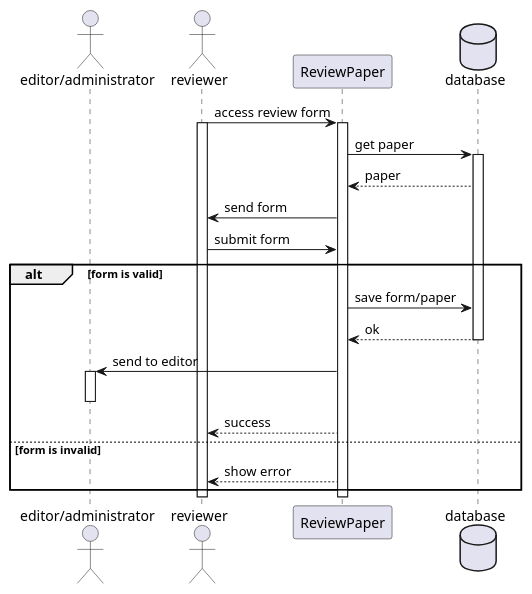
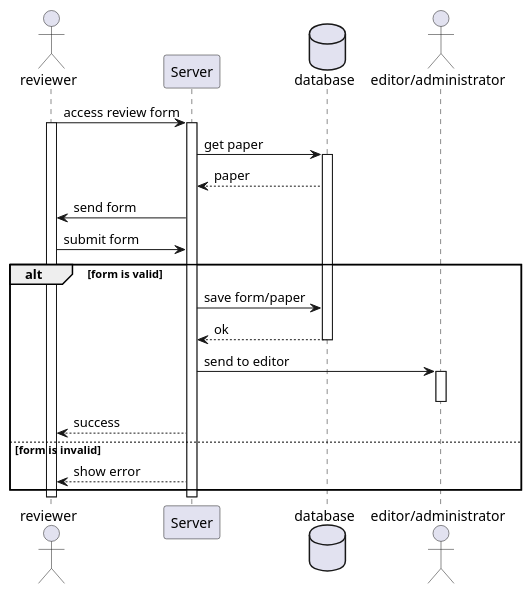
One commit to Arunscape/ECE493 changed the diagram in lab/lab3/sequence.puml. Above: the diagram before and after it, drawn with PlantUML. The commit also changed 9 other files, not shown here.

```diff
--- a/lab/lab3/sequence.puml
+++ b/lab/lab3/sequence.puml
@@ -1,31 +1,31 @@
 @startuml
 
+actor reviewer
+participant Server
+database database as db
 actor "editor/administrator" as editor
-actor reviewer
-participant ReviewPaper
-database database as db
 
-reviewer -> ReviewPaper : access review form
+reviewer -> Server : access review form
 activate reviewer
 
-activate ReviewPaper
-ReviewPaper -> db : get paper
+activate Server
+Server -> db : get paper
 activate db
-ReviewPaper <-- db : paper
-reviewer <- ReviewPaper : send form
-reviewer -> ReviewPaper : submit form
+Server <-- db : paper
+reviewer <- Server : send form
+reviewer -> Server : submit form
 
 alt form is valid
-    ReviewPaper -> db : save form/paper
-    ReviewPaper <-- db : ok
+    Server -> db : save form/paper
+    Server <-- db : ok
     deactivate db
-    ReviewPaper -> editor : send to editor
+    Server -> editor : send to editor
     activate editor
     deactivate editor
-    reviewer <-- ReviewPaper : success
+    reviewer <-- Server : success
 else form is invalid
-     reviewer <-- ReviewPaper : show error
+     reviewer <-- Server : show error
 end
 deactivate reviewer
-deactivate ReviewPaper
+deactivate Server
 @enduml
```
